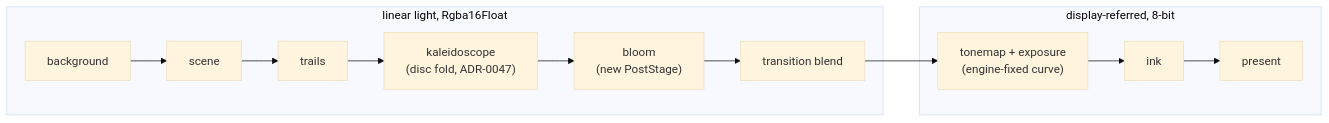
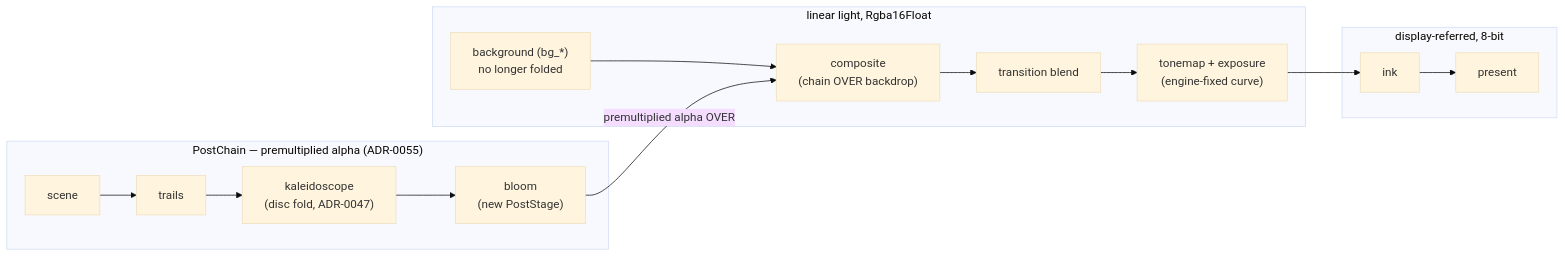
One commit to IgorKonovalov/Ritmolux changed the diagram in docs/plans/0045-linear-light-and-bloom.md. Above: the diagram before and after it, drawn with Mermaid (base theme). The commit also changed other lines of this file and 5 other files, not shown here.

````diff
--- a/docs/plans/0045-linear-light-and-bloom.md
+++ b/docs/plans/0045-linear-light-and-bloom.md
@@ -38,10 +55,16 @@
 ```mermaid
 flowchart LR
-    subgraph "linear light, Rgba16Float"
-        BG[background] --> SC[scene] --> TR[trails] --> KA["kaleidoscope<br/>(disc fold, ADR-0047)"] --> BL["bloom<br/>(new PostStage)"] --> XB[transition blend]
+    subgraph chain["PostChain — premultiplied alpha (ADR-0055)"]
+        SC[scene] --> TR[trails] --> KA["kaleidoscope<br/>(disc fold, ADR-0047)"] --> BL["bloom<br/>(new PostStage)"]
     end
-    XB --> TM["tonemap + exposure<br/>(engine-fixed curve)"]
-    subgraph "display-referred, 8-bit"
-        TM --> INK[ink] --> PR[present]
+    subgraph linear["linear light, Rgba16Float"]
+        BG["background (bg_*)<br/>no longer folded"] --> OV["composite<br/>(chain OVER backdrop)"]
+        OV --> XB[transition blend]
+        XB --> TM["tonemap + exposure<br/>(engine-fixed curve)"]
     end
+    subgraph display["display-referred, 8-bit"]
+        INK[ink] --> PR[present]
+    end
+    BL -->|"premultiplied alpha OVER"| OV
+    TM --> INK
 ```
````
